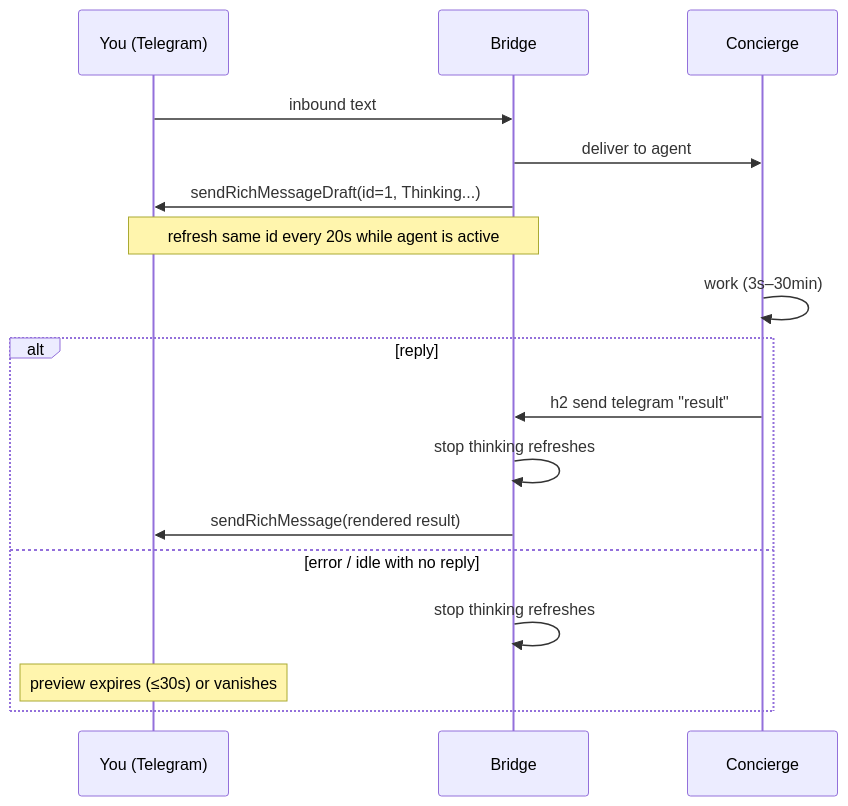
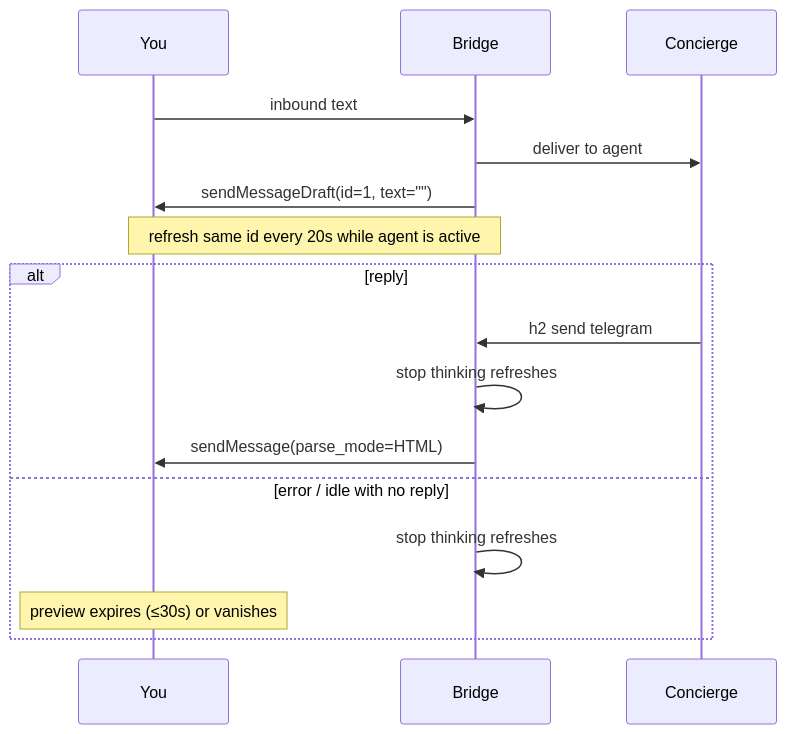
Before and after one commit to hegelstad/h2: the diagram in docs/design-telegram-thinking.md, drawn with Mermaid. The commit also changed other lines of this file and 10 other files, not shown here.

First line of the commit message:
feat(telegram): persist chat HTML, think with sendMessageDraft

````diff
--- a/docs/design-telegram-thinking.md
+++ b/docs/design-telegram-thinking.md
@@ -40,20 +23,19 @@
 ```mermaid
 sequenceDiagram
-  participant U as You (Telegram)
+  participant U as You
   participant B as Bridge
   participant A as Concierge
 
   U->>B: inbound text
   B->>A: deliver to agent
-  B->>U: sendRichMessageDraft(id=1, Thinking...)
+  B->>U: sendMessageDraft(id=1, text="")
   Note over B,U: refresh same id every 20s while agent is active
-  A->>A: work (3s–30min)
   alt reply
-    A->>B: h2 send telegram "result"
+    A->>B: h2 send telegram
     B->>B: stop thinking refreshes
-    B->>U: sendRichMessage(rendered result)
+    B->>U: sendMessage(parse_mode=HTML)
   else error / idle with no reply
     B->>B: stop thinking refreshes
     Note over U: preview expires (≤30s) or vanishes
   end
 ```
````
